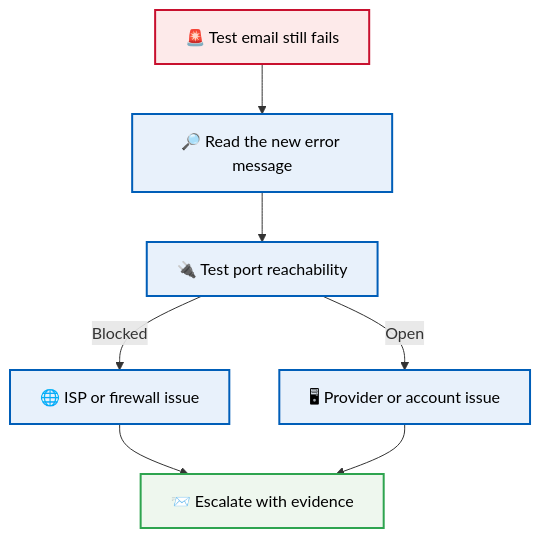
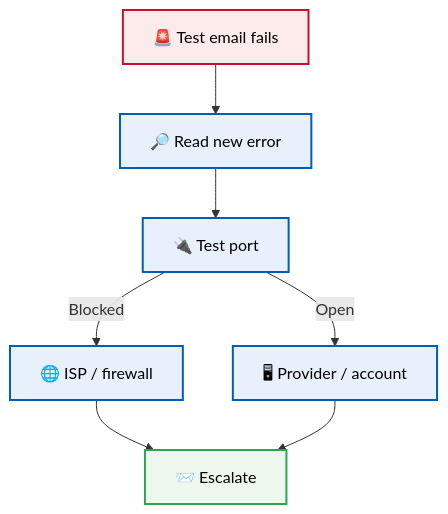
One commit to malaika-azhar/Customer-Tech-Support-Portfolio changed the third of 5 diagrams in 01-Video-knowledge-base/01.2-Email-Sending-Failure.md. Above: the diagram before and after it, drawn with Mermaid. The commit also changed other lines of this file, not shown here.

````diff
--- a/01-Video-knowledge-base/01.2-Email-Sending-Failure.md
+++ b/01-Video-knowledge-base/01.2-Email-Sending-Failure.md
@@ -244,13 +265,13 @@
 ```mermaid
 flowchart TD
-    A["🚨 Test email still fails"]:::alert --> B["🔎 Read the new error message"]:::work
-    B --> C["🔌 Test port reachability"]:::work
-    C -->|Blocked| D["🌐 ISP or firewall issue"]:::work
-    C -->|Open| E["🖥 Provider or account issue"]:::work
-    D --> F["📨 Escalate with evidence"]:::done
+    A["🚨 Test email fails"]:::alert --> B["🔎 Read new error"]:::work
+    B --> C["🔌 Test port"]:::work
+    C -->|Blocked| D["🌐 ISP / firewall"]:::work
+    C -->|Open| E["🖥 Provider / account"]:::work
+    D --> F["📨 Escalate"]:::done
     E --> F
 
     classDef alert fill:#fdeaea,stroke:#C8102E,stroke-width:2px,color:#000
     classDef work fill:#e8f1fb,stroke:#005EB8,stroke-width:2px,color:#000
     classDef done fill:#eef7ee,stroke:#2ea44f,stroke-width:2px,color:#000
 ```
````
